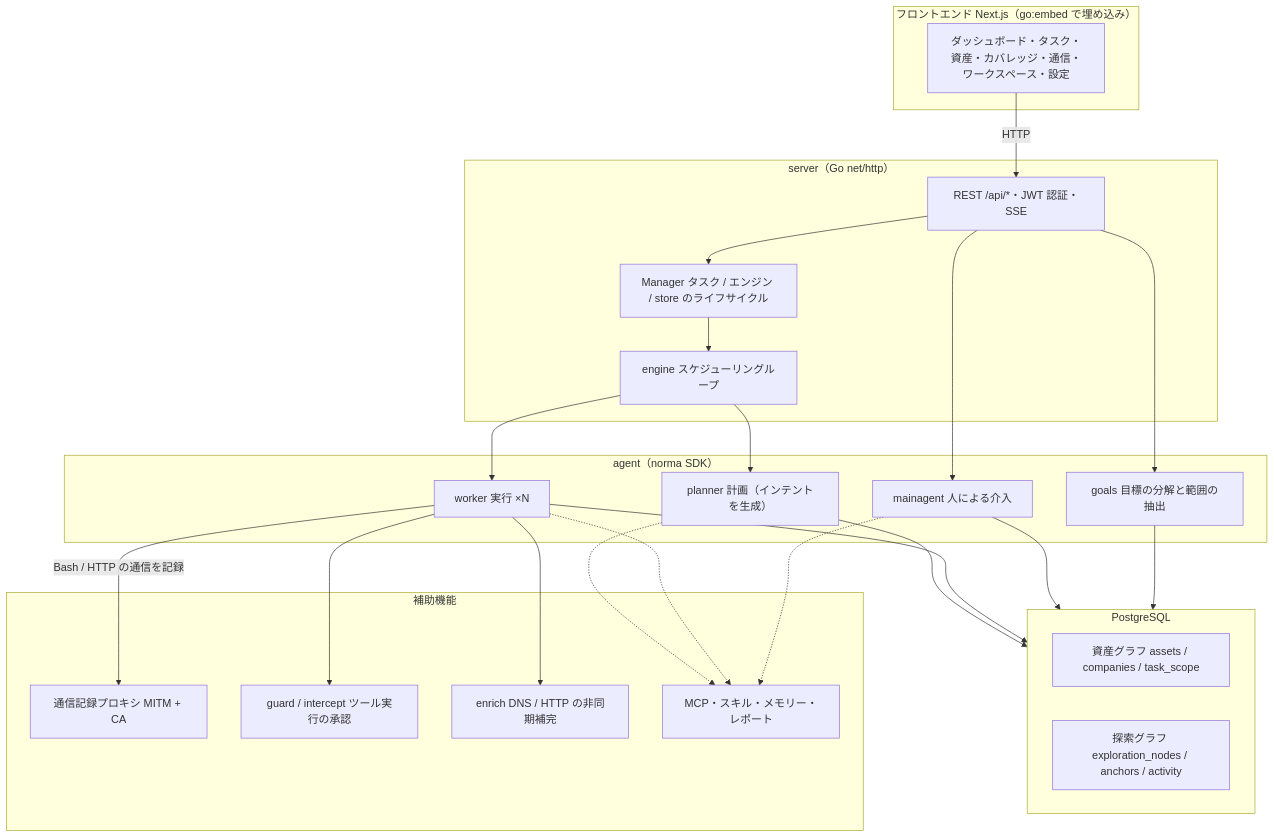
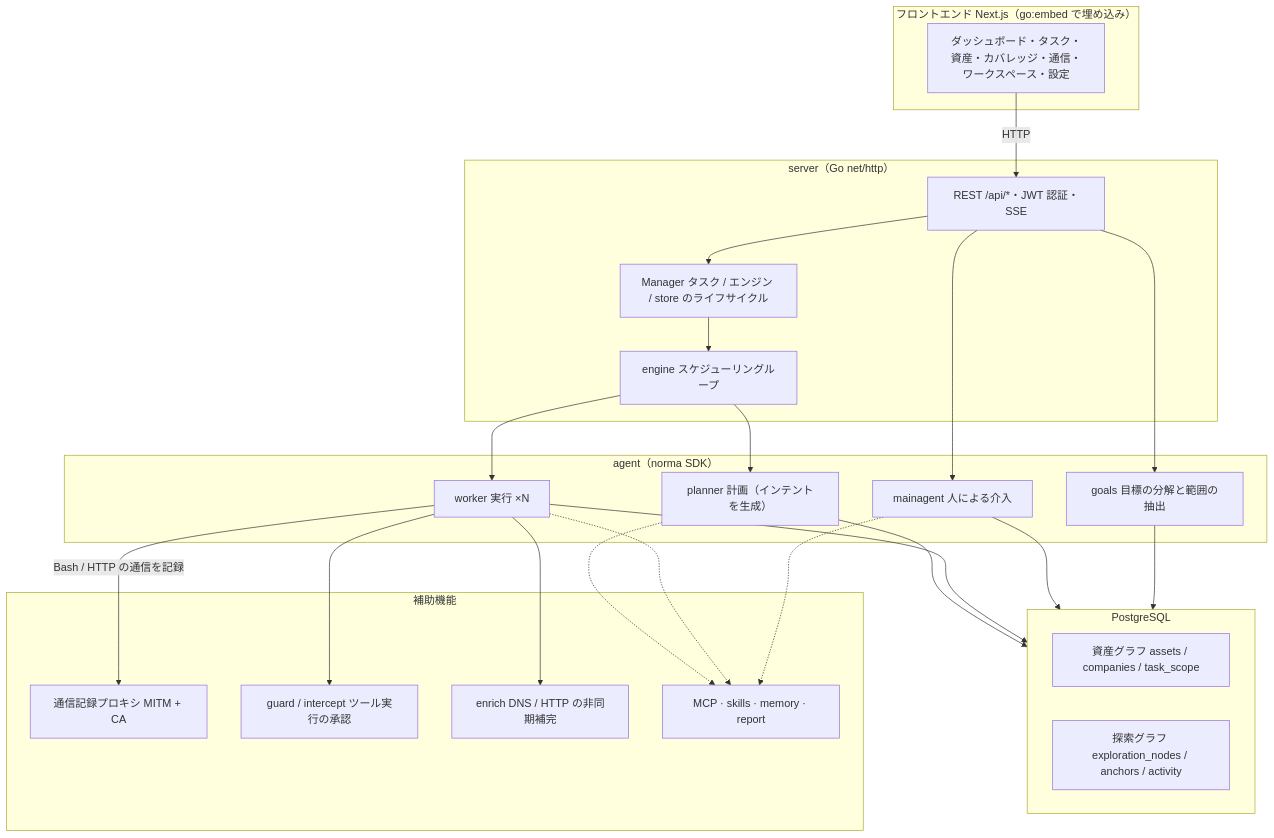
Before and after one commit to hara-kazu/ARTEX-Japanese: the first of 5 diagrams in README.md, drawn with Mermaid. The commit also changed other lines of this file and 103 other files, not shown here.

````diff
--- a/README.md
+++ b/README.md
@@ -368,43 +368,43 @@
 ```mermaid
 flowchart TB
   subgraph FE["フロントエンド Next.js（go:embed で埋め込み）"]
     UI["ダッシュボード・タスク・資産・カバレッジ・通信・ワークスペース・設定"]
   end
   subgraph SRV["server（Go net/http）"]
     API["REST /api/*・JWT 認証・SSE"]
     ENG["engine スケジューリングループ"]
     MGR["Manager タスク / エンジン / store のライフサイクル"]
   end
   subgraph AG["agent（norma SDK）"]
     GO["goals 目標の分解と範囲の抽出"]
     PL["planner 計画（インテントを生成）"]
     WK["worker 実行 ×N"]
     MA["mainagent 人による介入"]
   end
   subgraph DB["PostgreSQL"]
     AGRAPH["資産グラフ assets / companies / task_scope"]
     EGRAPH["探索グラフ exploration_nodes / anchors / activity"]
   end
   subgraph SUB["補助機能"]
     PROXY["通信記録プロキシ MITM + CA"]
     GUARD["guard / intercept ツール実行の承認"]
     ENR["enrich DNS / HTTP の非同期補完"]
-    EXT["MCP・スキル・メモリー・レポート"]
+    EXT["MCP · skills · memory · report"]
   end
   UI -->|HTTP| API
   API --> MGR --> ENG
   ENG --> PL
   ENG --> WK
   API --> MA
   API --> GO
   PL --> DB
   WK --> DB
   MA --> DB
   GO --> DB
   WK -->|"Bash / HTTP の通信を記録"| PROXY
   WK --> GUARD
   WK --> ENR
   PL -.-> EXT
   WK -.-> EXT
   MA -.-> EXT
 ```
````
